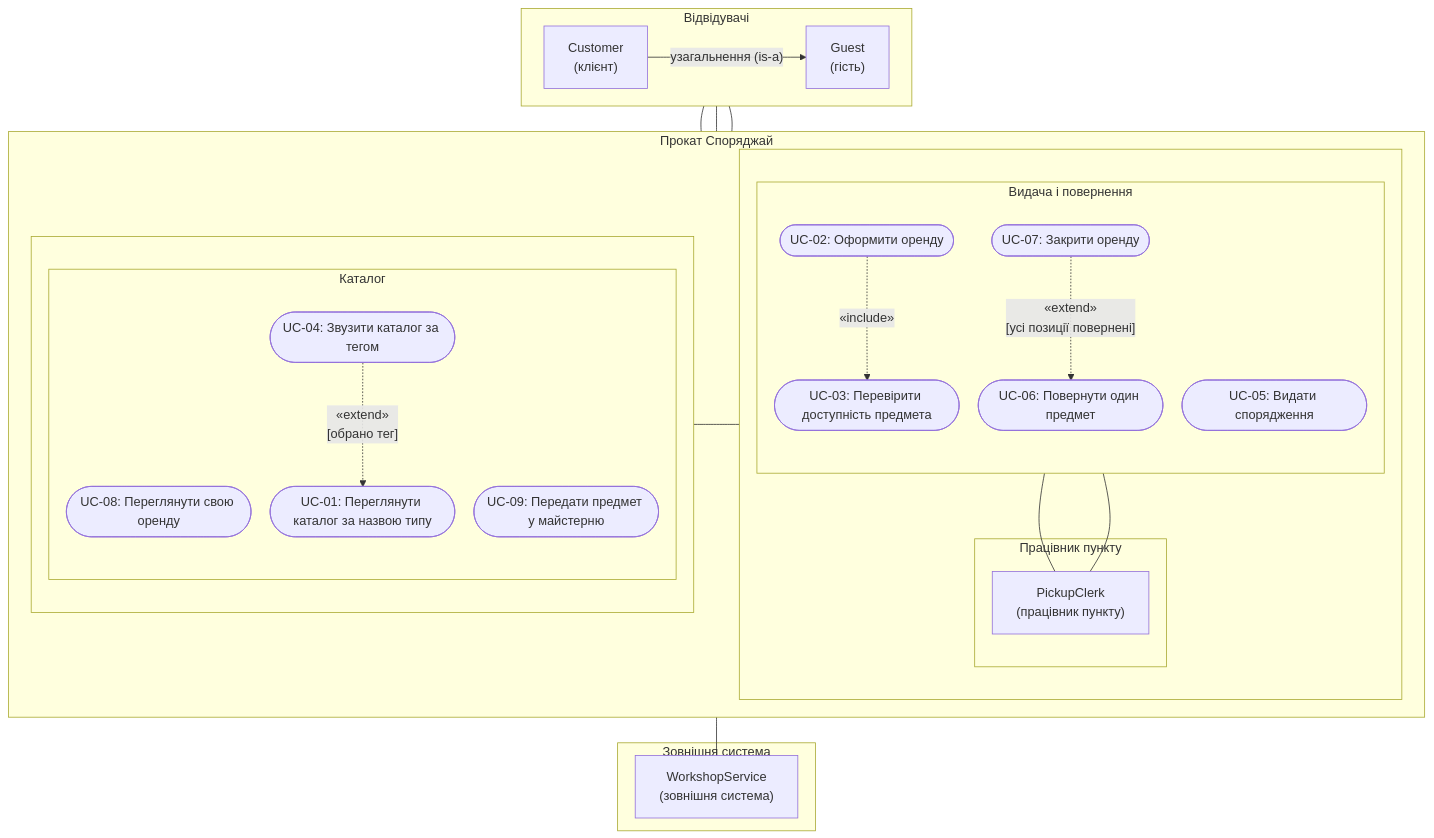
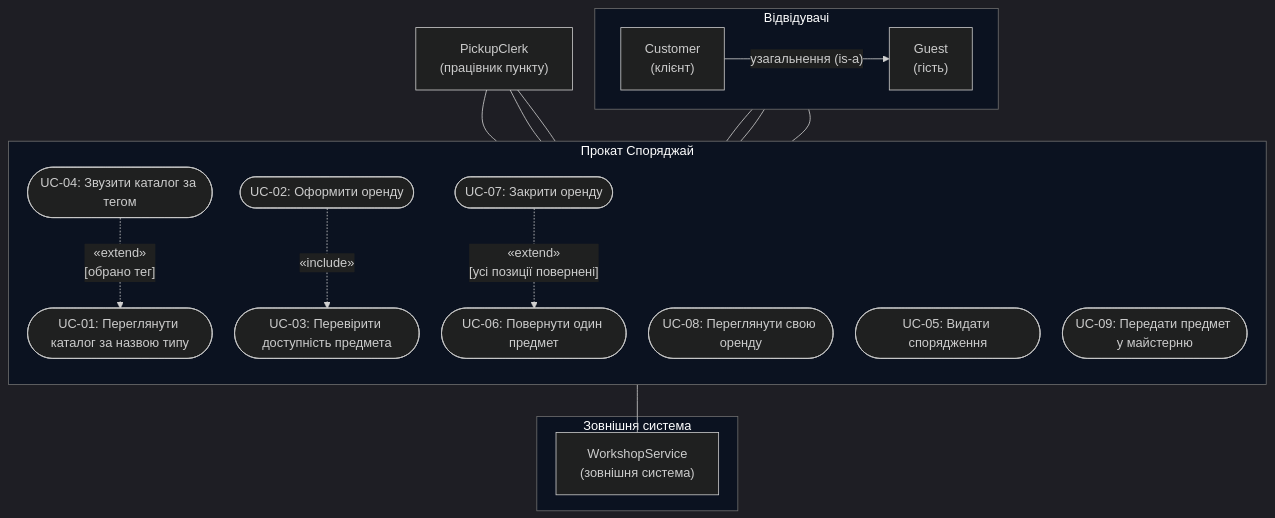
Before and after one commit to kirgafan/KPI_labs: the diagram in Labs/lab-2/model.mmd, drawn with Mermaid. The commit also changed 2 other files, not shown here.

Commit message:
refactor(lab-2): regenerate requirements and the use case diagram

```diff
--- a/Labs/lab-2/model.mmd
+++ b/Labs/lab-2/model.mmd
@@ -1,52 +1,39 @@
-%%{init: {"flowchart": {"nodeSpacing": 24, "rankSpacing": 32, "htmlLabels": true}}}%%
+%%{init: {"theme": "dark", "themeVariables": {"darkMode": true, "background": "#0b1220", "primaryColor": "#1f2020", "primaryTextColor": "#ffffff", "primaryBorderColor": "#6e6e6e", "lineColor": "#d0d0d0", "secondaryColor": "#2c2d2d", "tertiaryColor": "#1f2020", "clusterBkg": "#0b1220", "clusterBorder": "#6e6e6e", "titleColor": "#ffffff", "edgeLabelBackground": "#1f2020", "nodeTextColor": "#ffffff"}, "flowchart": {"nodeSpacing": 28, "rankSpacing": 40, "htmlLabels": true, "curve": "basis"}}}%%
 flowchart TB
     subgraph visitors ["Відвідувачі"]
         direction LR
         Customer["Customer<br/>(клієнт)"]
         Guest["Guest<br/>(гість)"]
     end
 
-    subgraph columns ["Прокат Споряджай"]
-        direction LR
-        subgraph leftColumn [" "]
-            direction TB
-            subgraph issue ["Видача і повернення"]
-                direction TB
-                UC02(["UC-02: Оформити оренду"])
-                UC03(["UC-03: Перевірити доступність предмета"])
-                UC05(["UC-05: Видати спорядження"])
-                UC07(["UC-07: Закрити оренду"])
-                UC06(["UC-06: Повернути один предмет"])
-            end
-            subgraph staff ["Працівник пункту"]
-                PickupClerk["PickupClerk<br/>(працівник пункту)"]
-            end
-        end
-        subgraph rightColumn [" "]
-            direction TB
-            subgraph catalog ["Каталог"]
-                direction TB
-                UC08(["UC-08: Переглянути свою оренду"])
-                UC04(["UC-04: Звузити каталог за тегом"])
-                UC01(["UC-01: Переглянути каталог за назвою типу"])
-                UC09(["UC-09: Передати предмет у майстерню"])
-            end
-        end
+    PickupClerk["PickupClerk<br/>(працівник пункту)"]
+
+    subgraph boundary ["Прокат Споряджай"]
+        direction TB
+        UC01(["UC-01: Переглянути каталог за назвою типу"])
+        UC04(["UC-04: Звузити каталог за тегом"])
+        UC02(["UC-02: Оформити оренду"])
+        UC03(["UC-03: Перевірити доступність предмета"])
+        UC08(["UC-08: Переглянути свою оренду"])
+        UC05(["UC-05: Видати спорядження"])
+        UC06(["UC-06: Повернути один предмет"])
+        UC07(["UC-07: Закрити оренду"])
+        UC09(["UC-09: Передати предмет у майстерню"])
     end
 
     subgraph external ["Зовнішня система"]
         WorkshopService["WorkshopService<br/>(зовнішня система)"]
     end
 
     Customer -- "узагальнення (is-a)" --> Guest
     Guest --- UC01
     Customer --- UC02
     Customer --- UC08
-    UC05 --- PickupClerk
-    UC06 --- PickupClerk
-    UC09 --- PickupClerk
+    PickupClerk --- UC05
+    PickupClerk --- UC06
+    PickupClerk --- UC09
     UC09 --- WorkshopService
 
     UC04 -. "«extend»<br/>[обрано тег]" .-> UC01
     UC02 -. "«include»" .-> UC03
     UC07 -. "«extend»<br/>[усі позиції повернені]" .-> UC06
```
